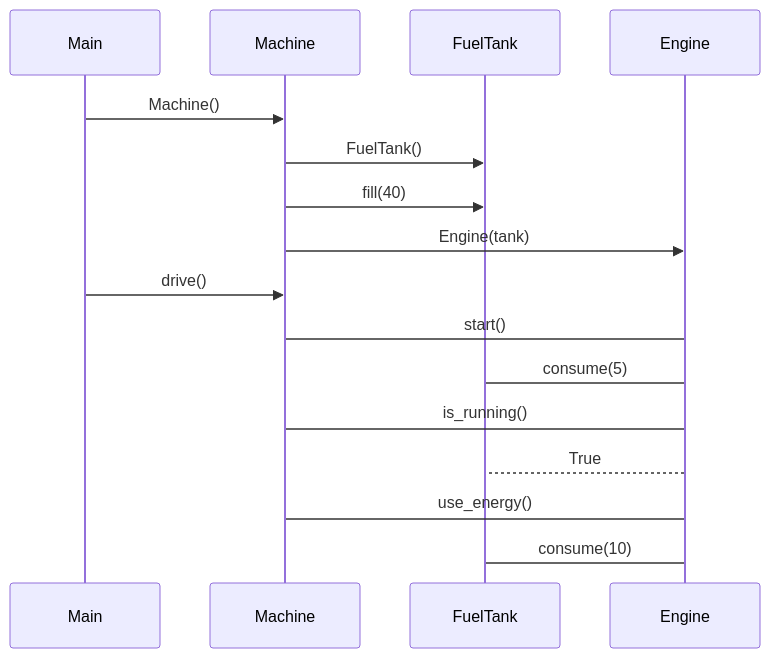
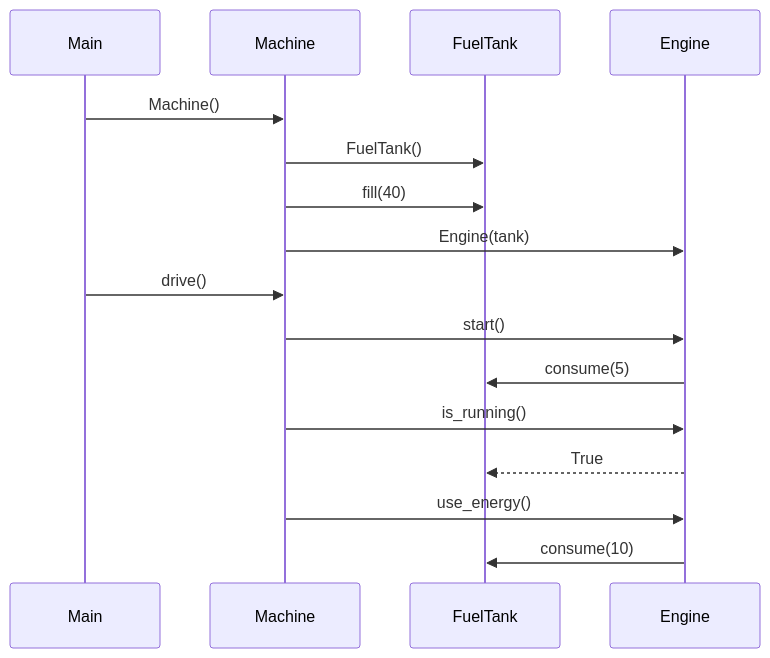
The diagram in laskarit/viikko3/sekvenssikaavio_teht3.md (JonathanHeyno/ot-harjoitustyo), drawn with Mermaid before and after one commit.

````diff
--- a/laskarit/viikko3/sekvenssikaavio_teht3.md
+++ b/laskarit/viikko3/sekvenssikaavio_teht3.md
@@ -1,18 +1,18 @@
 ```mermaid
 sequenceDiagram
   participant Main
   participant Machine
   participant FuelTank
   participant Engine
   Main->>Machine: Machine()
   Machine->>FuelTank: FuelTank()
   Machine->>FuelTank: fill(40)
   Machine->>Engine: Engine(tank)
   Main->>Machine: drive()
-  Machine->Engine: start()
-  Engine->FuelTank: consume(5)
-  Machine->Engine: is_running()
-  Engine-->FuelTank: True
-  Machine->Engine: use_energy()
-  Engine->FuelTank: consume(10)
+  Machine->>Engine: start()
+  Engine->>FuelTank: consume(5)
+  Machine->>Engine: is_running()
+  Engine-->>FuelTank: True
+  Machine->>Engine: use_energy()
+  Engine->>FuelTank: consume(10)
 ```
````
